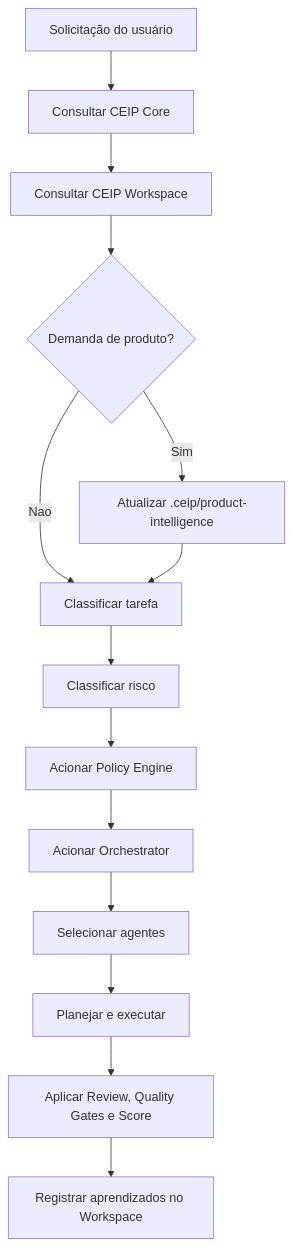
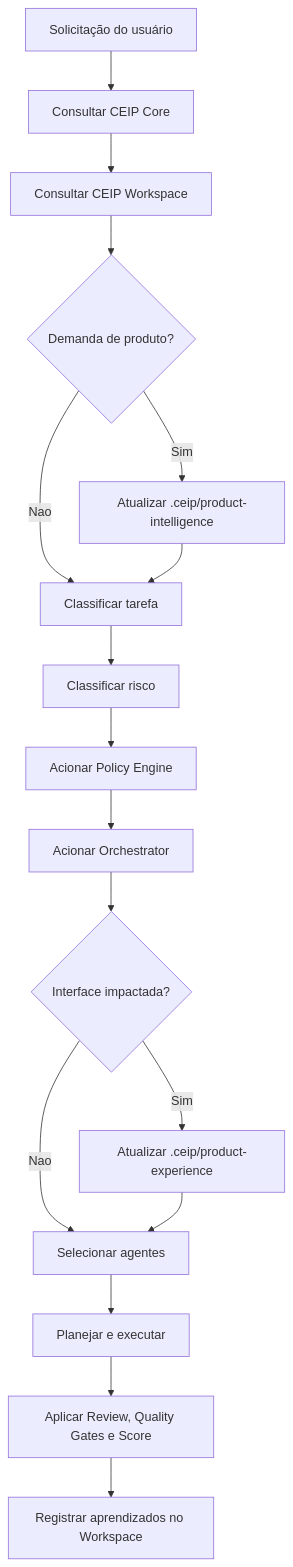
One commit to thyags/method-ceip changed the diagram in workspace/README.md. Above: the diagram before and after it, drawn with Mermaid. The commit also changed other lines of this file and 130 other files, not shown here.

Commit message:
Add product experience system to CEIP

````diff
--- a/workspace/README.md
+++ b/workspace/README.md
@@ -44,16 +44,19 @@
 ```mermaid
 flowchart TD
     A["Solicitação do usuário"] --> B["Consultar CEIP Core"]
     B --> C["Consultar CEIP Workspace"]
     C --> D{"Demanda de produto?"}
     D -->|Sim| E["Atualizar .ceip/product-intelligence"]
     D -->|Nao| F["Classificar tarefa"]
     E --> F
     F --> G["Classificar risco"]
     G --> H["Acionar Policy Engine"]
     H --> I["Acionar Orchestrator"]
-    I --> J["Selecionar agentes"]
-    J --> K["Planejar e executar"]
-    K --> L["Aplicar Review, Quality Gates e Score"]
-    L --> M["Registrar aprendizados no Workspace"]
+    I --> J{"Interface impactada?"}
+    J -->|Sim| K["Atualizar .ceip/product-experience"]
+    J -->|Nao| L["Selecionar agentes"]
+    K --> L
+    L --> M["Planejar e executar"]
+    M --> N["Aplicar Review, Quality Gates e Score"]
+    N --> O["Registrar aprendizados no Workspace"]
 ```
````
